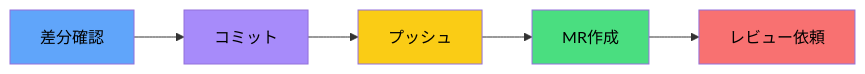
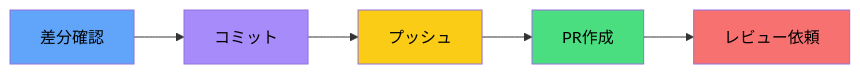
The sixth of 8 diagrams in slides/slides.md (yuya-take/yuya-claude-code), drawn with Mermaid before and after one commit. The commit also changed other lines of this file and 13 other files, not shown here.

````diff
--- a/slides/slides.md
+++ b/slides/slides.md
@@ -652,13 +652,13 @@
 ```mermaid {scale: 0.8}
 flowchart LR
     A[差分確認] --> B[コミット]
     B --> C[プッシュ]
-    C --> D[MR作成]
+    C --> D[PR作成]
     D --> E[レビュー依頼]
     
     style A fill:#60a5fa,color:#000
     style B fill:#a78bfa,color:#000
     style C fill:#facc15,color:#000
     style D fill:#4ade80,color:#000
     style E fill:#f87171,color:#000
 ```
````
